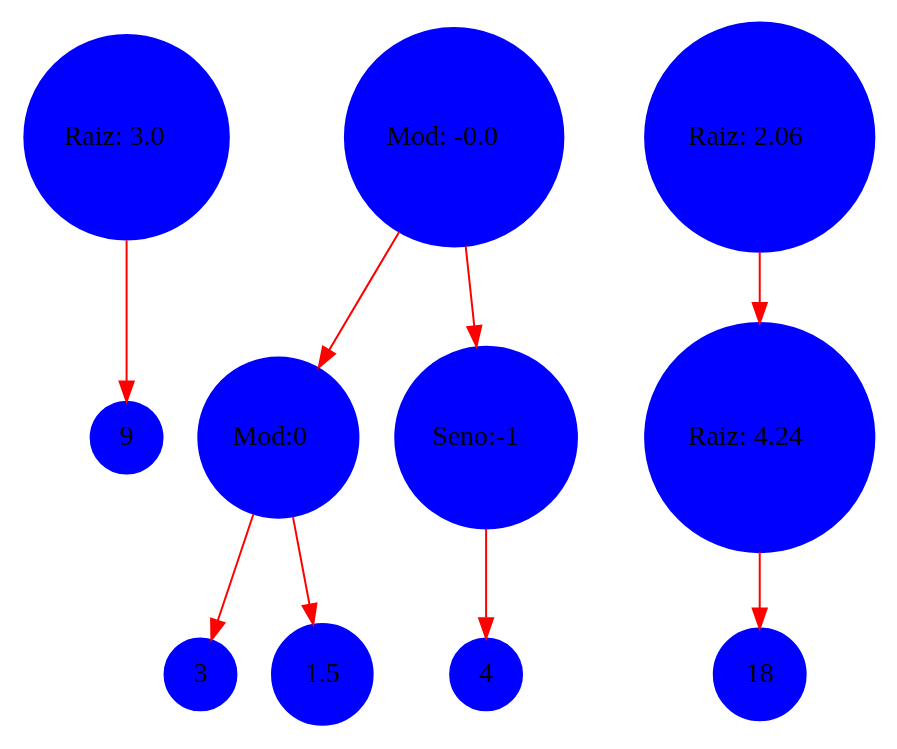
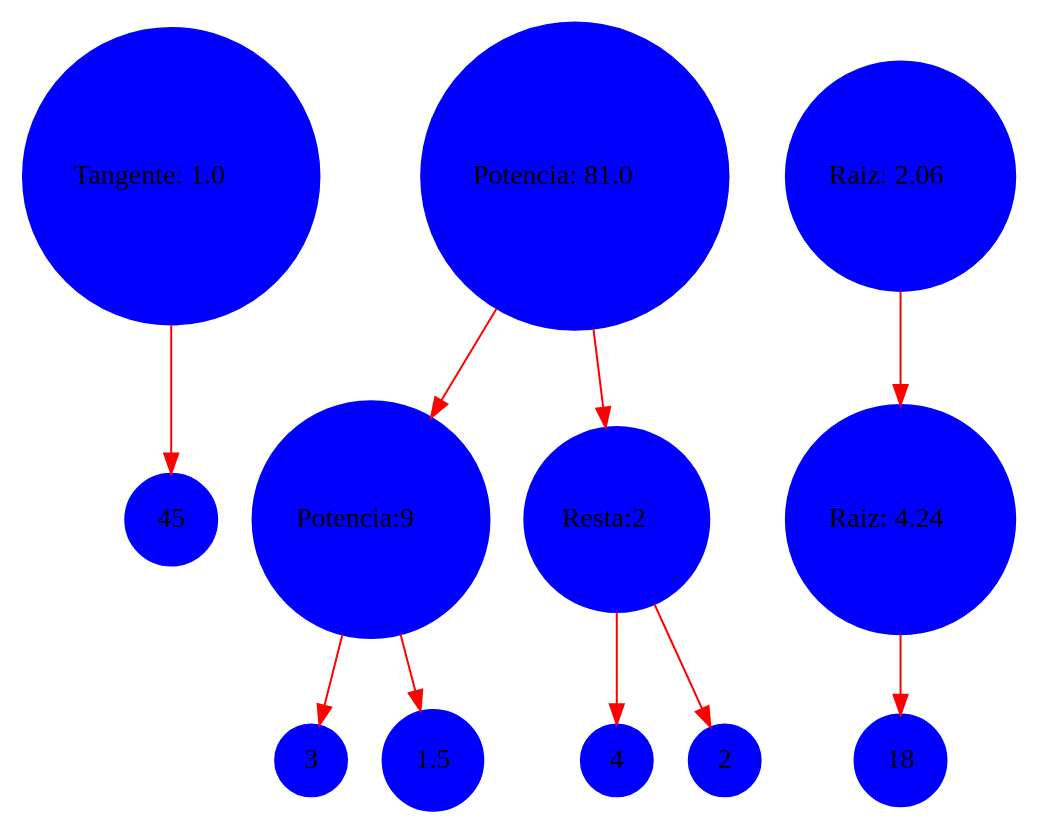
The diagram in Documentacion/grafo.dot (Jhonsagui81/-LFP-royecto1_202106003), drawn with Graphviz before and after one commit. The commit also changed 3 other files, not shown here.

```diff
--- a/Documentacion/grafo.dot
+++ b/Documentacion/grafo.dot
@@ -1,22 +1,24 @@
 digraph {
 	rankdir=TB
-	9 [shape=circle style=filled color = blue]
- 	raiz1 -> 9 [shape=record color=red]
-	raiz1 [shape=circle style=filled color = blue, label=<Raiz: 3.0>]
+	45 [shape=circle style=filled color = blue]
+ 	tangente1 -> 45 [shape=record color=red]
+	tangente1 [shape=circle style=filled color = blue, label=<Tangente: 1.0>]
  	3 [shape=circle style=filled color = blue]
- 	Mod102 -> 3 [shape=record color=red]
+ 	Potencia102 -> 3 [shape=record color=red]
 	1.5 [shape=circle style=filled color = blue]
- 	Mod102 -> 1.5 [shape=record color=red]
-	Mod102 [shape=circle style=filled color = blue, label=<Mod:0>]
- 	mod2 -> Mod102 [shape=record color=red]
+ 	Potencia102 -> 1.5 [shape=record color=red]
+	Potencia102 [shape=circle style=filled color = blue, label=<Potencia:9>]
+ 	potencia2 -> Potencia102 [shape=record color=red]
 	4 [shape=circle style=filled color = blue]
- 	Seno102 -> 4 [shape=record color=red]
-	Seno102 [shape=circle style=filled color = blue, label=<Seno:-1>]
- 	mod2 -> Seno102 [shape=record color=red]
-	mod2 [shape=circle style=filled color = blue, label=<Mod: -0.0>]
+ 	Resta102 -> 4 [shape=record color=red]
+	2 [shape=circle style=filled color = blue]
+ 	Resta102 -> 2 [shape=record color=red]
+	Resta102 [shape=circle style=filled color = blue, label=<Resta:2>]
+ 	potencia2 -> Resta102 [shape=record color=red]
+	potencia2 [shape=circle style=filled color = blue, label=<Potencia: 81.0>]
  	18 [shape=circle style=filled color = blue]
  	Raiz103 -> 18 [shape=record color=red]
 	Raiz103 [shape=circle style=filled color = blue, label=<Raiz: 4.24>]
  	raiz3 -> Raiz103 [shape=record color=red]
 	raiz3 [shape=circle style=filled color = blue, label=<Raiz: 2.06>]
  }
```
